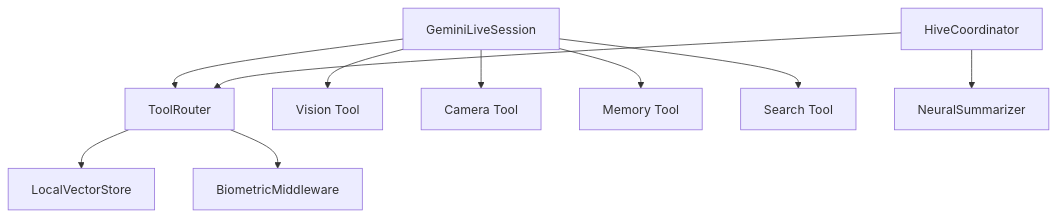
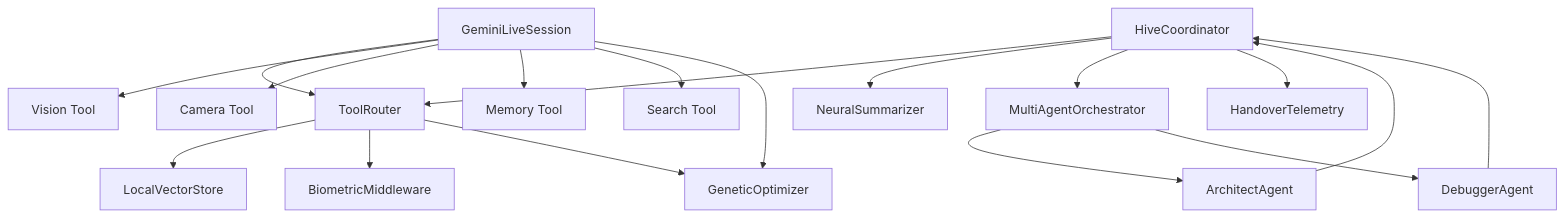
Before and after one commit to Moeabdelaziz007/Aether-Voice-OS: diagram 13 of 13 in .qoder/repowiki/en/content/AI Integration Layer/AI Integration Layer.md, drawn with Mermaid. The commit also changed other lines of this file and 29 other files, not shown here.

````diff
--- a/.qoder/repowiki/en/content/AI Integration Layer/AI Integration Layer.md
+++ b/.qoder/repowiki/en/content/AI Integration Layer/AI Integration Layer.md
@@ -346,12 +512,20 @@
 ```mermaid
 graph TB
 GLS["GeminiLiveSession"] --> TR["ToolRouter"]
 GLS --> VT["Vision Tool"]
 GLS --> CT["Camera Tool"]
 GLS --> MT["Memory Tool"]
 GLS --> ST["Search Tool"]
+GLS --> GEN["GeneticOptimizer"]
 HC["HiveCoordinator"] --> TR
 HC --> NS["NeuralSummarizer"]
+HC --> MHO["MultiAgentOrchestrator"]
+HC --> HT["HandoverTelemetry"]
+MHO --> ARCH["ArchitectAgent"]
+MHO --> DBG["DebuggerAgent"]
 TR --> VS["LocalVectorStore"]
 TR --> BM["BiometricMiddleware"]
+TR --> GEN
+ARCH --> HC
+DBG --> HC
 ```
````
